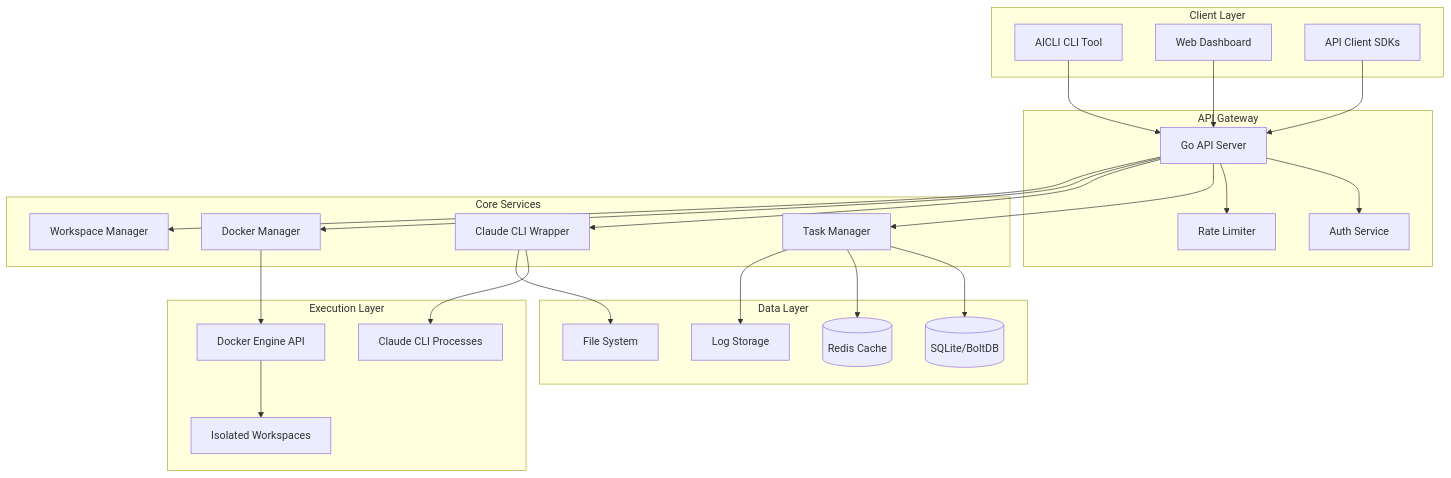
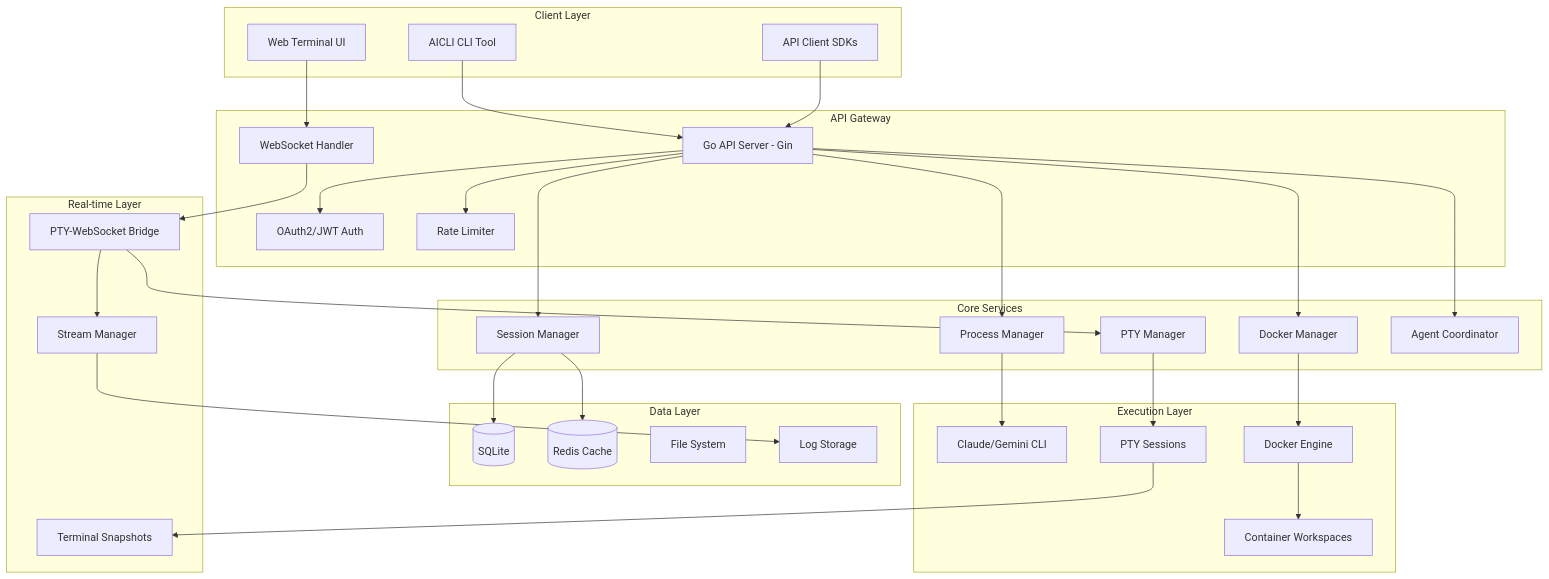
The diagram in .aiwf/01_PROJECT_DOCS/ARCHITECTURE.md (moonklabs/aicli-web), drawn with Mermaid before and after one commit. The commit also changed other lines of this file and 9 other files, not shown here.

````diff
--- a/.aiwf/01_PROJECT_DOCS/ARCHITECTURE.md
+++ b/.aiwf/01_PROJECT_DOCS/ARCHITECTURE.md
@@ -24,55 +25,69 @@
 ```mermaid
 graph TB
     subgraph "Client Layer"
         CLI[AICLI CLI Tool]
-        WEB[Web Dashboard]
+        WEB[Web Terminal UI]
         API_CLIENT[API Client SDKs]
     end
     
     subgraph "API Gateway"
-        GATEWAY[Go API Server]
-        AUTH[Auth Service]
+        GATEWAY[Go API Server - Gin]
+        AUTH[OAuth2/JWT Auth]
         RATE_LIMITER[Rate Limiter]
+        WS_HANDLER[WebSocket Handler]
     end
     
     subgraph "Core Services"
-        TASK_MANAGER[Task Manager]
-        CLAUDE_WRAPPER[Claude CLI Wrapper]
+        SESSION_MGR[Session Manager]
+        CLAUDE_WRAPPER[Process Manager]
         DOCKER_MGR[Docker Manager]
-        WORKSPACE_MGR[Workspace Manager]
+        PTY_MGR[PTY Manager]
+        AGENT_COORD[Agent Coordinator]
+    end
+    
+    subgraph "Real-time Layer"
+        PTY_BRIDGE[PTY-WebSocket Bridge]
+        STREAM_MGR[Stream Manager]
+        SNAPSHOT[Terminal Snapshots]
     end
     
     subgraph "Data Layer"
-        SQLITE[(SQLite/BoltDB)]
+        SQLITE[(SQLite)]
         REDIS[(Redis Cache)]
         FILE_STORE[File System]
         LOG_STORE[Log Storage]
     end
     
     subgraph "Execution Layer"
-        CLAUDE_PROC[Claude CLI Processes]
-        DOCKER_API[Docker Engine API]
-        WORKSPACE[Isolated Workspaces]
+        CLAUDE_PROC[Claude/Gemini CLI]
+        DOCKER_API[Docker Engine]
+        PTY_SESSION[PTY Sessions]
+        WORKSPACE[Container Workspaces]
     end
     
     CLI --> GATEWAY
-    WEB --> GATEWAY
+    WEB --> WS_HANDLER
     API_CLIENT --> GATEWAY
+    
+    WS_HANDLER --> PTY_BRIDGE
+    PTY_BRIDGE --> PTY_MGR
+    PTY_BRIDGE --> STREAM_MGR
     
     GATEWAY --> AUTH
     GATEWAY --> RATE_LIMITER
-    GATEWAY --> TASK_MANAGER
+    GATEWAY --> SESSION_MGR
     GATEWAY --> CLAUDE_WRAPPER
     GATEWAY --> DOCKER_MGR
-    GATEWAY --> WORKSPACE_MGR
+    GATEWAY --> AGENT_COORD
     
-    TASK_MANAGER --> SQLITE
-    TASK_MANAGER --> REDIS
+    SESSION_MGR --> SQLITE
+    SESSION_MGR --> REDIS
     
+    PTY_MGR --> PTY_SESSION
     CLAUDE_WRAPPER --> CLAUDE_PROC
     DOCKER_MGR --> DOCKER_API
     DOCKER_API --> WORKSPACE
     
-    CLAUDE_WRAPPER --> FILE_STORE
-    TASK_MANAGER --> LOG_STORE
+    PTY_SESSION --> SNAPSHOT
+    STREAM_MGR --> LOG_STORE
 ```
````
